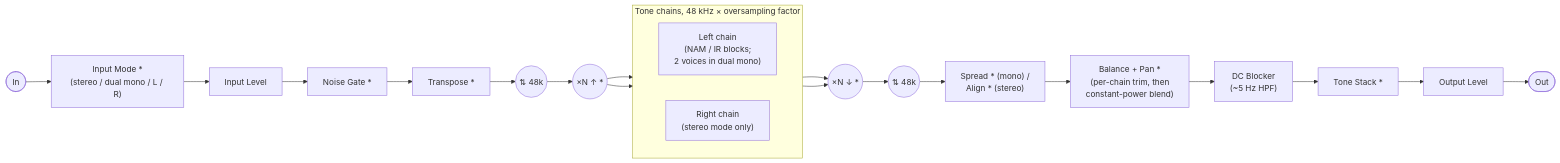
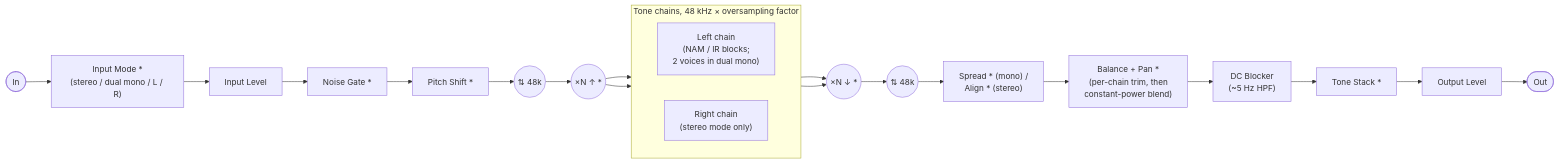
One commit to ship-guitar-clonetones/zynamfx changed the first of 2 diagrams in README.md. Above: the diagram before and after it, drawn with Mermaid. The commit also changed other lines of this file and 46 other files, not shown here.

Commit message:
rebrand transpose as pitch shit

````diff
--- a/README.md
+++ b/README.md
@@ -184,25 +184,25 @@
 ```mermaid
 flowchart LR
     IN([In]) --> IM["Input Mode *\n(stereo / dual mono / L / R)"]
     IM --> IG["Input Level"]
     IG --> GATE["Noise Gate *"]
-    GATE --> TR["Transpose *"]
+    GATE --> TR["Pitch Shift *"]
     TR --> RS(("⇅ 48k"))
     RS --> OS(("×N ↑ *"))
     subgraph CHAINS["Tone chains, 48 kHz × oversampling factor"]
         direction LR
         CL["Left chain\n(NAM / IR blocks;\n2 voices in dual mono)"]
         CR["Right chain\n(stereo mode only)"]
     end
     OS --> CL
     OS --> CR
     CL --> OS2(("×N ↓ *"))
     CR --> OS2
     OS2 --> RS2(("⇅ 48k"))
     RS2 --> IMAGE["Spread * (mono) /\nAlign * (stereo)"]
     IMAGE --> PAN["Balance + Pan *\n(per-chain trim, then\nconstant-power blend)"]
     PAN --> DCB["DC Blocker\n(~5 Hz HPF)"]
     DCB --> TS["Tone Stack *"]
     TS --> OG["Output Level"]
     OG --> OUT([Out])
 ```
````
